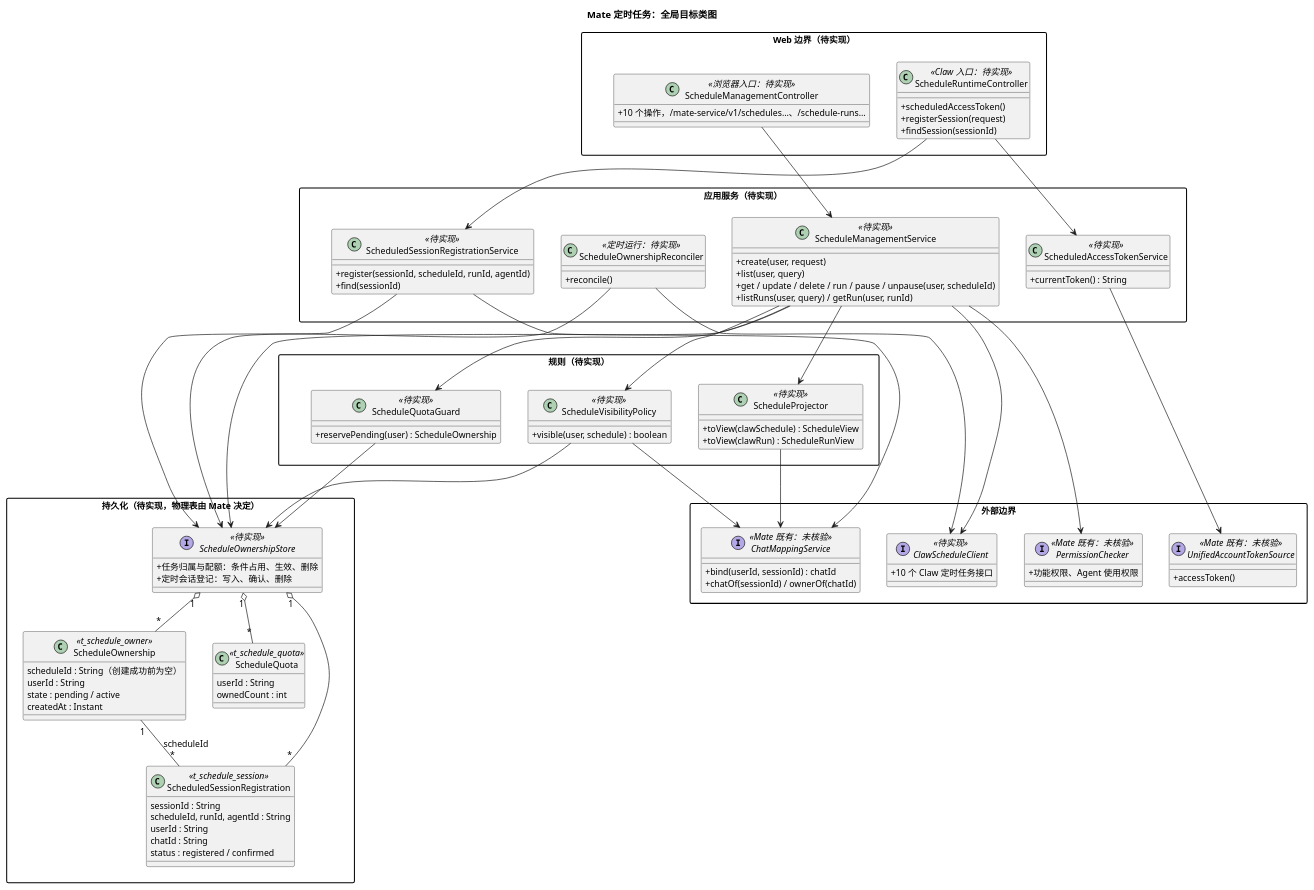
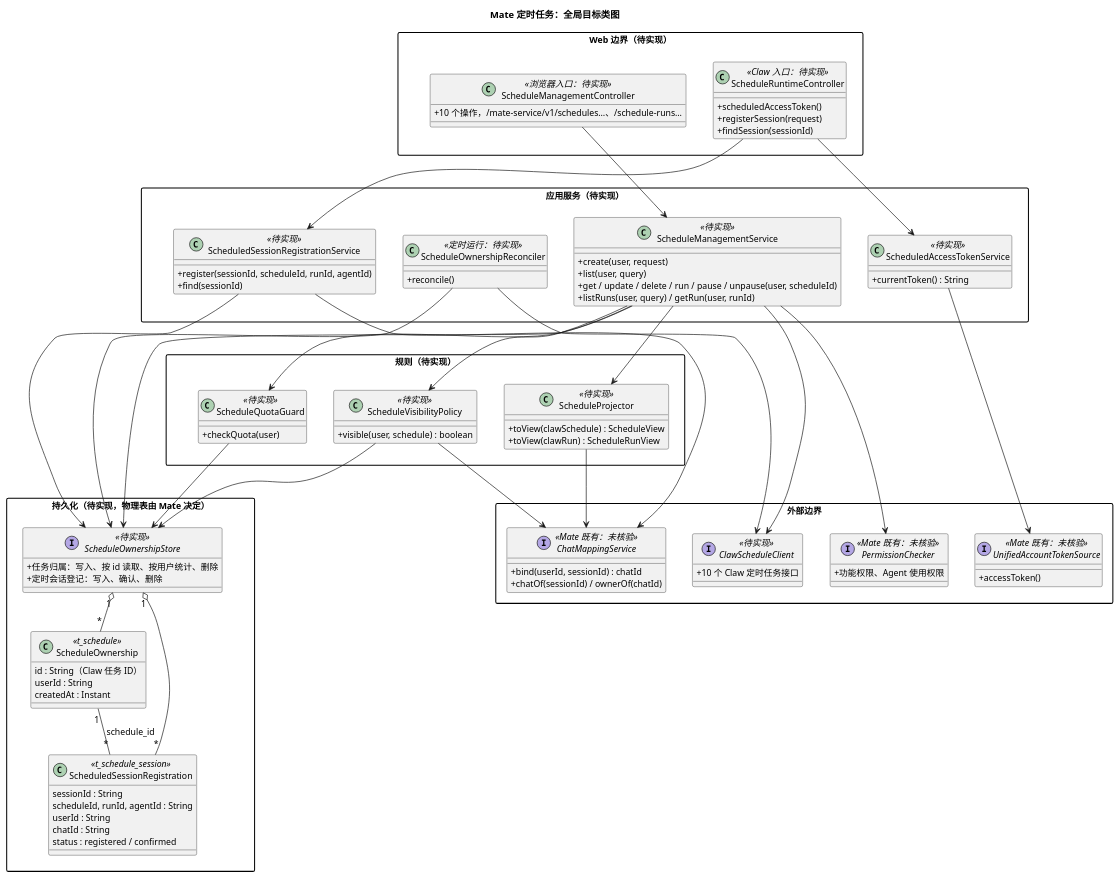
Before and after one commit to ssm0808/pi-mono-java-design: the fourth of 4 diagrams in 02-服务与接口/08-mate-service定时任务/diagram.puml, drawn with PlantUML. The commit also changed other lines of this file and 6 other files, not shown here.

```diff
--- a/02-服务与接口/08-mate-service定时任务/diagram.puml
+++ b/02-服务与接口/08-mate-service定时任务/diagram.puml
@@ -128,122 +127,116 @@
 @startuml mate_schedule_architecture
 ' 目标：待实现；Mate 侧定时任务的全局目标类图。
 ' mate-service 源码未核验：类名为目标命名，公司权限、Chat 映射与统一账号认证为 Mate 既有能力的抽象，接入方式待实现时核对。
 ' Claw 侧契约：01-总体架构/08-CampusClaw定时任务/README.md 0.66.0 第 4 章与第 4.8 节。
 title Mate 定时任务：全局目标类图
 skinparam backgroundColor white
 skinparam defaultFontSize 13
 skinparam classAttributeIconSize 0
 skinparam packageStyle rectangle
 skinparam nodesep 40
 skinparam ranksep 50
 
 package "Web 边界（待实现）" as WebPkg {
   class ScheduleManagementController <<浏览器入口：待实现>> {
     + 10 个操作，/mate-service/v1/schedules…、/schedule-runs…
   }
   class ScheduleRuntimeController <<Claw 入口：待实现>> {
     + scheduledAccessToken()
     + registerSession(request)
     + findSession(sessionId)
   }
 }
 
 package "应用服务（待实现）" as AppPkg {
   class ScheduleManagementService <<待实现>> {
     + create(user, request)
     + list(user, query)
     + get / update / delete / run / pause / unpause(user, scheduleId)
     + listRuns(user, query) / getRun(user, runId)
   }
   class ScheduledSessionRegistrationService <<待实现>> {
     + register(sessionId, scheduleId, runId, agentId)
     + find(sessionId)
   }
   class ScheduledAccessTokenService <<待实现>> {
     + currentToken() : String
   }
   class ScheduleOwnershipReconciler <<定时运行：待实现>> {
     + reconcile()
   }
 }
 
 package "规则（待实现）" as RulePkg {
   class ScheduleVisibilityPolicy <<待实现>> {
     + visible(user, schedule) : boolean
   }
   class ScheduleQuotaGuard <<待实现>> {
-    + reservePending(user) : ScheduleOwnership
+    + checkQuota(user)
   }
   class ScheduleProjector <<待实现>> {
     + toView(clawSchedule) : ScheduleView
     + toView(clawRun) : ScheduleRunView
   }
 }
 
 package "持久化（待实现，物理表由 Mate 决定）" as StorePkg {
   interface ScheduleOwnershipStore <<待实现>> {
-    + 任务归属与配额：条件占用、生效、删除
+    + 任务归属：写入、按 id 读取、按用户统计、删除
     + 定时会话登记：写入、确认、删除
   }
 
-  class ScheduleOwnership <<t_schedule_owner>> {
-    scheduleId : String（创建成功前为空）
+  class ScheduleOwnership <<t_schedule>> {
+    id : String（Claw 任务 ID）
     userId : String
-    state : pending / active
     createdAt : Instant
-  }
-  class ScheduleQuota <<t_schedule_quota>> {
-    userId : String
-    ownedCount : int
   }
   class ScheduledSessionRegistration <<t_schedule_session>> {
     sessionId : String
     scheduleId, runId, agentId : String
     userId : String
     chatId : String
     status : registered / confirmed
   }
 }
 
 package "外部边界" as ExtPkg {
   interface ClawScheduleClient <<待实现>> {
     + 10 个 Claw 定时任务接口
   }
   interface PermissionChecker <<Mate 既有：未核验>> {
     + 功能权限、Agent 使用权限
   }
   interface ChatMappingService <<Mate 既有：未核验>> {
     + bind(userId, sessionId) : chatId
     + chatOf(sessionId) / ownerOf(chatId)
   }
   interface UnifiedAccountTokenSource <<Mate 既有：未核验>> {
     + accessToken()
   }
 }
 
 ScheduleManagementController --> ScheduleManagementService
 ScheduleRuntimeController --> ScheduledSessionRegistrationService
 ScheduleRuntimeController --> ScheduledAccessTokenService
 ScheduleManagementService --> PermissionChecker
 ScheduleManagementService --> ScheduleVisibilityPolicy
 ScheduleManagementService --> ScheduleQuotaGuard
 ScheduleManagementService --> ScheduleProjector
 ScheduleManagementService --> ClawScheduleClient
 ScheduleManagementService --> ScheduleOwnershipStore
 ScheduleVisibilityPolicy --> ScheduleOwnershipStore
 ScheduleVisibilityPolicy --> ChatMappingService
 ScheduleQuotaGuard --> ScheduleOwnershipStore
 ScheduleProjector --> ChatMappingService
 ScheduledSessionRegistrationService --> ScheduleOwnershipStore
 ScheduledSessionRegistrationService --> ChatMappingService
 ScheduledAccessTokenService --> UnifiedAccountTokenSource
 ScheduleOwnershipReconciler --> ScheduleOwnershipStore
 ScheduleOwnershipReconciler --> ClawScheduleClient
 ScheduleOwnershipStore "1" o-- "*" ScheduleOwnership
-ScheduleOwnershipStore "1" o-- "*" ScheduleQuota
 ScheduleOwnershipStore "1" o-- "*" ScheduledSessionRegistration
-ScheduleOwnership "1" -- "*" ScheduledSessionRegistration : scheduleId
+ScheduleOwnership "1" -- "*" ScheduledSessionRegistration : schedule_id
 WebPkg -[hidden]down- AppPkg
 AppPkg -[hidden]down- RulePkg
 RulePkg -[hidden]down- StorePkg
 @enduml
```
